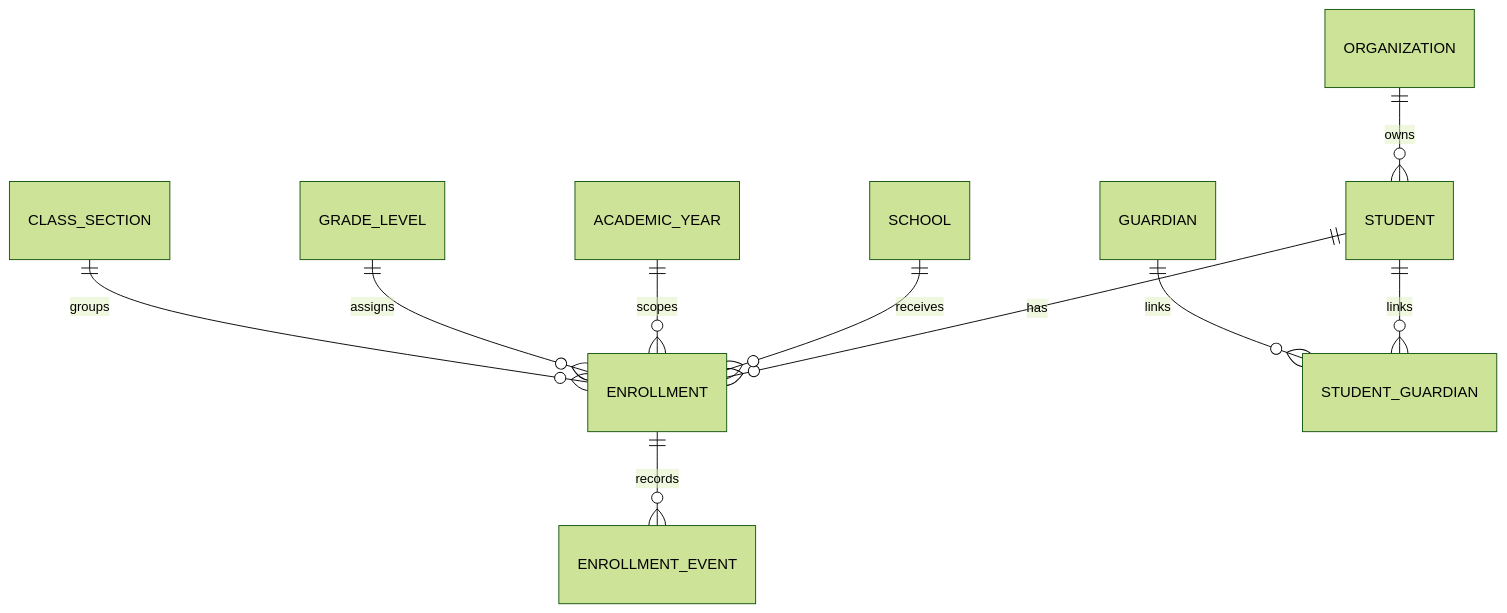
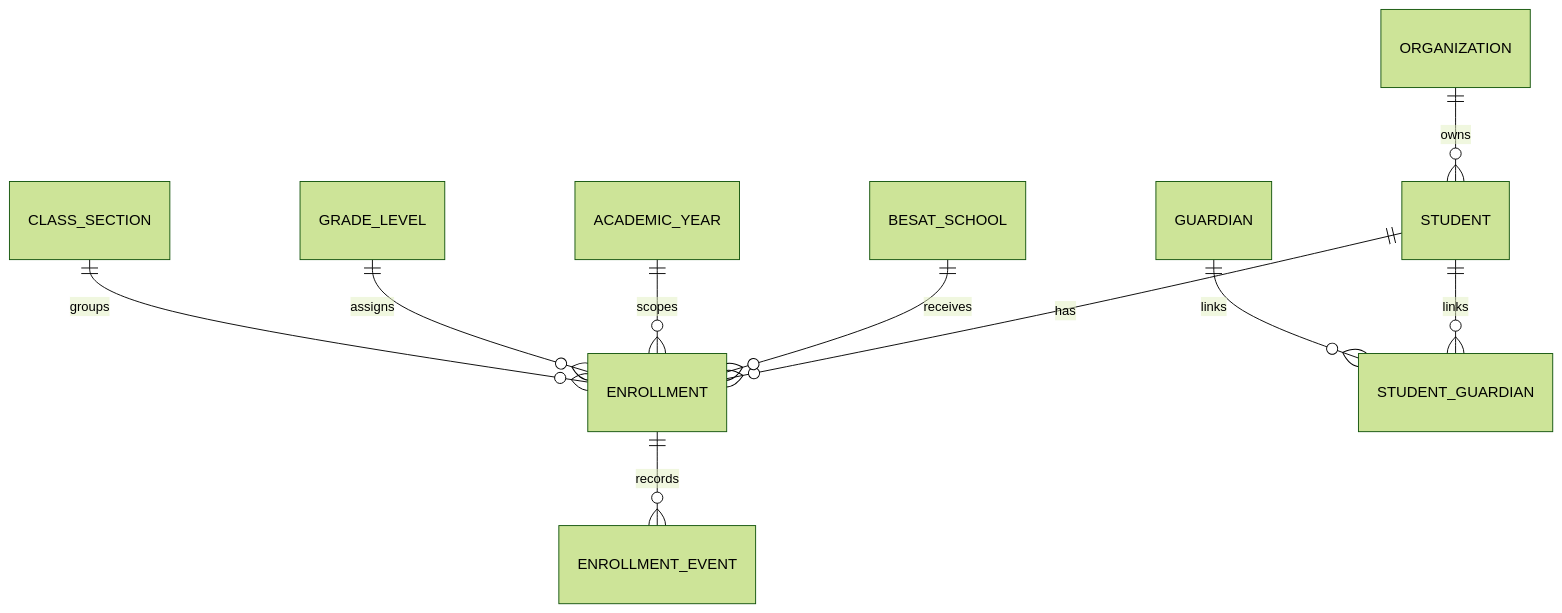
The second of 5 diagrams in Backend/docs/03-DATA_MODEL_FA.md (leonardo0231/hamamooz-platform), drawn with Mermaid (forest theme) before and after one commit. The commit also changed other lines of this file and 76 other files, not shown here.

Commit message:
fix: consolidate school scope to Besat

````diff
--- a/Backend/docs/03-DATA_MODEL_FA.md
+++ b/Backend/docs/03-DATA_MODEL_FA.md
@@ -36,12 +36,12 @@
 ```mermaid
 erDiagram
     ORGANIZATION ||--o{ STUDENT : owns
     STUDENT ||--o{ ENROLLMENT : has
-    SCHOOL ||--o{ ENROLLMENT : receives
+    BESAT_SCHOOL ||--o{ ENROLLMENT : receives
     ACADEMIC_YEAR ||--o{ ENROLLMENT : scopes
     GRADE_LEVEL ||--o{ ENROLLMENT : assigns
     CLASS_SECTION ||--o{ ENROLLMENT : groups
     STUDENT ||--o{ STUDENT_GUARDIAN : links
     GUARDIAN ||--o{ STUDENT_GUARDIAN : links
     ENROLLMENT ||--o{ ENROLLMENT_EVENT : records
 ```
````
